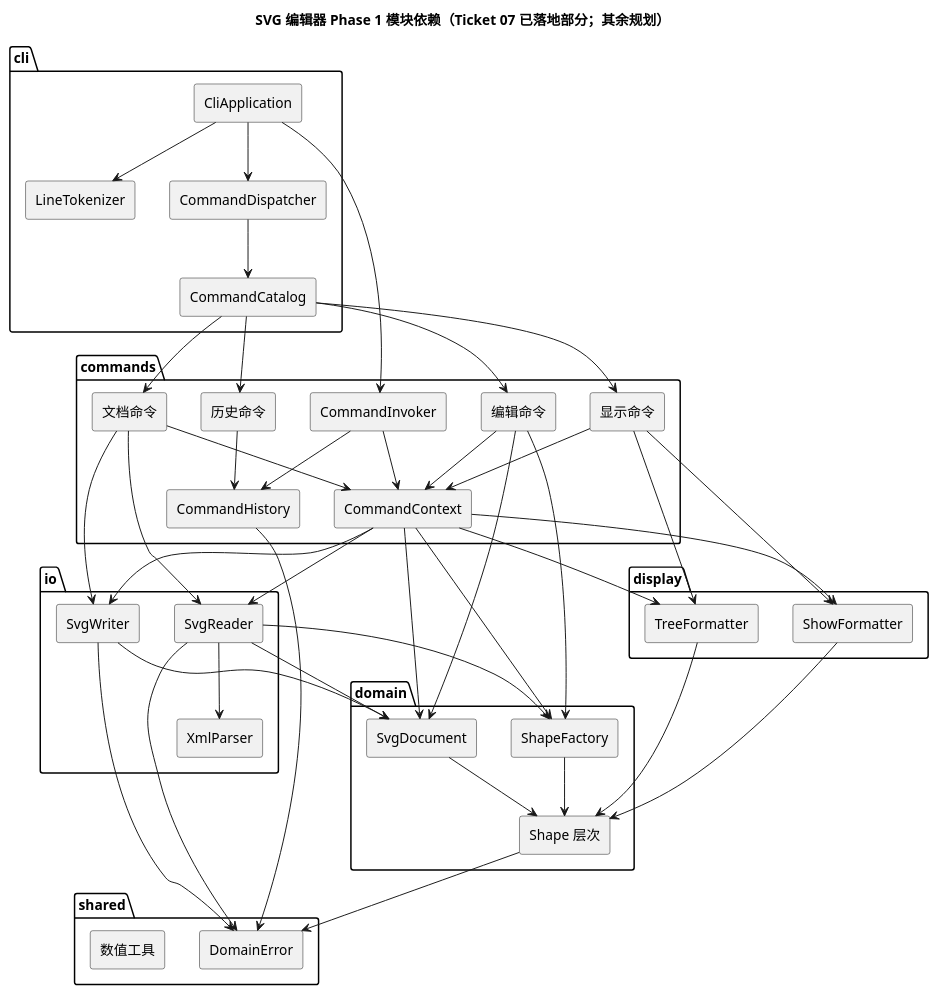
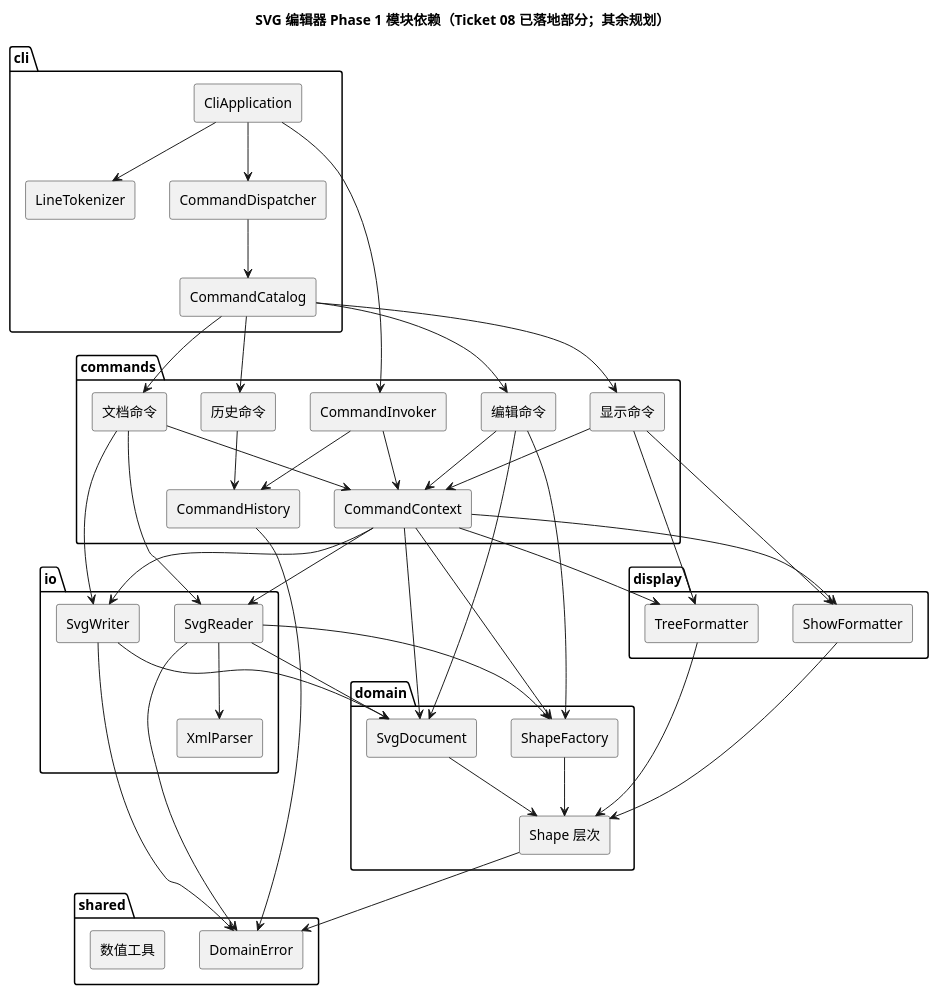
One commit to NQC233/svg-editor-lab1 changed the diagram in doc/architecture.puml. Above: the diagram before and after it, drawn with PlantUML. The commit also changed 6 other files, not shown here.

```diff
--- a/doc/architecture.puml
+++ b/doc/architecture.puml
@@ -1,82 +1,82 @@
 @startuml
 skinparam componentStyle rectangle
-title SVG 编辑器 Phase 1 模块依赖（Ticket 07 已落地部分；其余规划）
+title SVG 编辑器 Phase 1 模块依赖（Ticket 08 已落地部分；其余规划）
 
 package "cli" {
   [CliApplication]
   [CommandDispatcher]
   [CommandCatalog]
   [LineTokenizer]
 }
 
 package "commands" {
   [CommandInvoker]
   [CommandHistory]
   [CommandContext]
   [编辑命令]
   [文档命令]
   [显示命令]
   [历史命令]
 }
 
 package "domain" {
   [SvgDocument]
   [Shape 层次]
   [ShapeFactory]
 }
 
 package "io" {
   [SvgReader]
   [SvgWriter]
   [XmlParser]
 }
 
 package "display" {
   [TreeFormatter]
   [ShowFormatter]
 }
 
 package "shared" {
   [DomainError]
   [数值工具]
 }
 
 [CliApplication] --> [LineTokenizer]
 [CliApplication] --> [CommandDispatcher]
 [CliApplication] --> [CommandInvoker]
 [CommandDispatcher] --> [CommandCatalog]
 [CommandCatalog] --> [编辑命令]
 [CommandCatalog] --> [文档命令]
 [CommandCatalog] --> [显示命令]
 [CommandCatalog] --> [历史命令]
 [CommandInvoker] --> [CommandHistory]
 [CommandInvoker] --> [CommandContext]
 [编辑命令] --> [CommandContext]
 [文档命令] --> [CommandContext]
 [显示命令] --> [CommandContext]
 [历史命令] --> [CommandHistory]
 [CommandContext] --> [SvgDocument]
 [CommandContext] --> [SvgReader]
 [CommandContext] --> [SvgWriter]
 [CommandContext] --> [TreeFormatter]
 [CommandContext] --> [ShowFormatter]
 [CommandContext] --> [ShapeFactory]
 [编辑命令] --> [SvgDocument]
 [编辑命令] --> [ShapeFactory]
 [文档命令] --> [SvgReader]
 [文档命令] --> [SvgWriter]
 [显示命令] --> [TreeFormatter]
 [显示命令] --> [ShowFormatter]
 [SvgReader] --> [XmlParser]
 [SvgReader] --> [SvgDocument]
 [SvgReader] --> [ShapeFactory]
 [SvgWriter] --> [SvgDocument]
 [TreeFormatter] --> [Shape 层次]
 [ShowFormatter] --> [Shape 层次]
 [ShapeFactory] --> [Shape 层次]
 [SvgDocument] --> [Shape 层次]
 [Shape 层次] --> [DomainError]
 [SvgReader] --> [DomainError]
 [SvgWriter] --> [DomainError]
 [CommandHistory] --> [DomainError]
 @enduml
```
